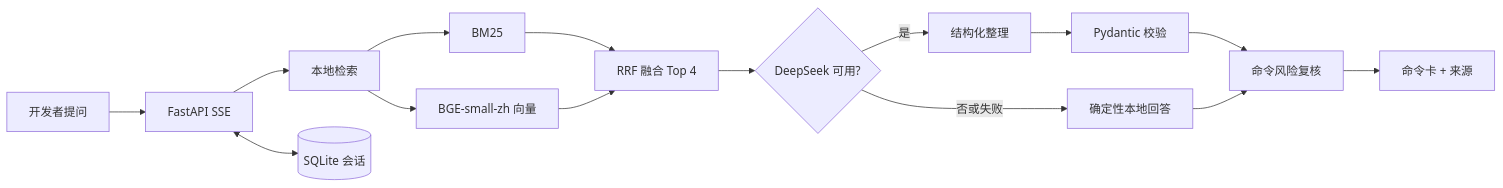
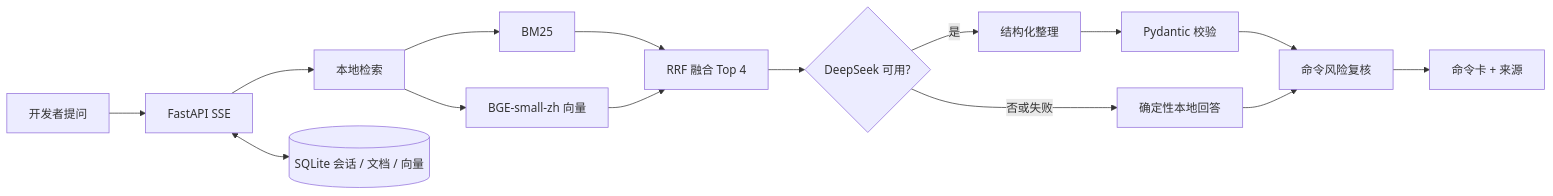
One commit to windowFlowers/CommandFoundry changed the diagram in docs/ARCHITECTURE.md. Above: the diagram before and after it, drawn with Mermaid. The commit also changed other lines of this file and 48 other files, not shown here.

````diff
--- a/docs/ARCHITECTURE.md
+++ b/docs/ARCHITECTURE.md
@@ -5,17 +5,17 @@
 ```mermaid
 flowchart LR
     Q[开发者提问] --> API[FastAPI SSE]
     API --> RET[本地检索]
     RET --> BM[BM25]
     RET --> VE[BGE-small-zh 向量]
     BM --> RRF[RRF 融合 Top 4]
     VE --> RRF
     RRF --> GEN{DeepSeek 可用?}
     GEN -->|是| LLM[结构化整理]
     GEN -->|否或失败| FB[确定性本地回答]
     LLM --> VAL[Pydantic 校验]
     VAL --> RISK[命令风险复核]
     FB --> RISK
     RISK --> UI[命令卡 + 来源]
-    API <--> DB[(SQLite 会话)]
+    API <--> DB[(SQLite 会话 / 文档 / 向量)]
 ```
````
